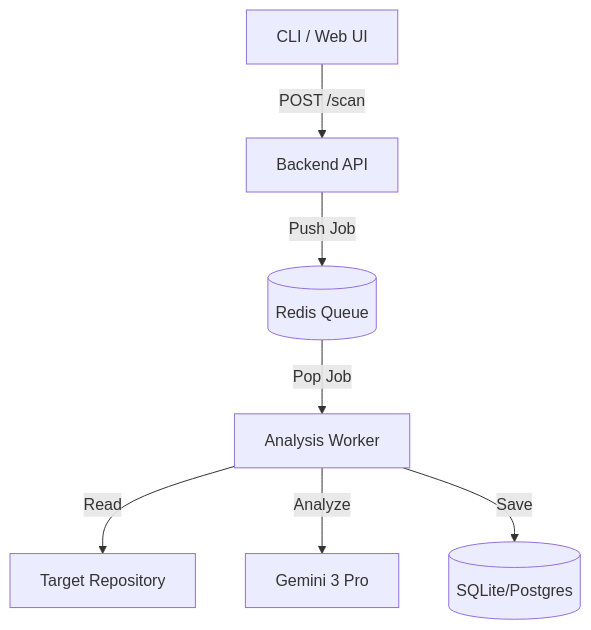
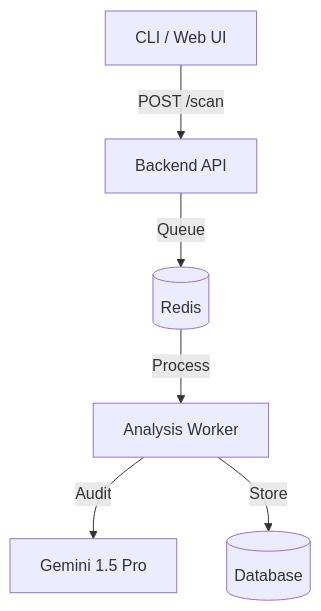
Before and after one commit to justinwkUKM/LatticeGuard: the diagram in README.md, drawn with Mermaid. The commit also changed other lines of this file and 5 other files, not shown here.

````diff
--- a/README.md
+++ b/README.md
@@ -47,9 +41,8 @@
 ```mermaid
 graph TD
     Client[CLI / Web UI] -->|POST /scan| API[Backend API]
-    API -->|Push Job| Redis[(Redis Queue)]
-    Redis -->|Pop Job| Worker[Analysis Worker]
-    Worker -->|Read| Repo[Target Repository]
-    Worker -->|Analyze| Gemini[Gemini 3 Pro]
-    Worker -->|Save| DB[(SQLite/Postgres)]
+    API -->|Queue| Redis[(Redis)]
+    Redis -->|Process| Worker[Analysis Worker]
+    Worker -->|Audit| Gemini[Gemini 1.5 Pro]
+    Worker -->|Store| DB[(Database)]
 ```
````
